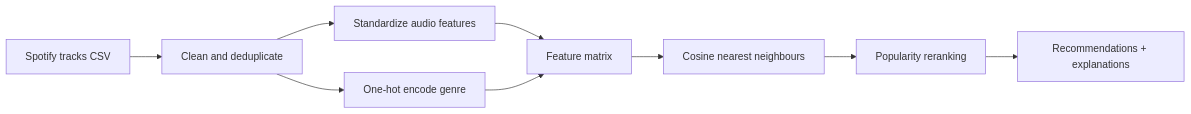
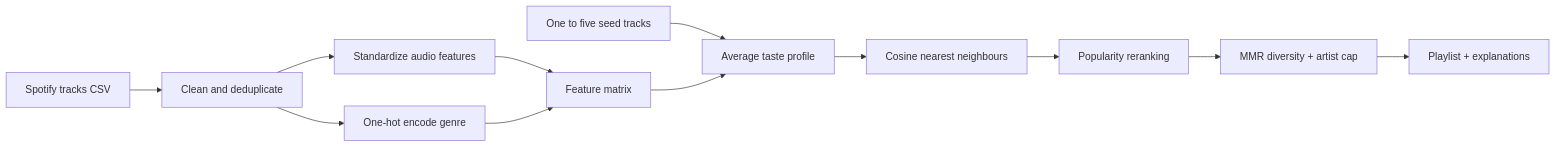
Before and after one commit to amkumirab/spotify-music-recommender: the diagram in README.md, drawn with Mermaid. The commit also changed other lines of this file and 4 other files, not shown here.

Commit message:
Add multi-track playlist recommendations

````diff
--- a/README.md
+++ b/README.md
@@ -26,11 +28,14 @@
 ```mermaid
 flowchart LR
     A[Spotify tracks CSV] --> B[Clean and deduplicate]
     B --> C[Standardize audio features]
     B --> D[One-hot encode genre]
     C --> E[Feature matrix]
     D --> E
-    E --> F[Cosine nearest neighbours]
+    I[One to five seed tracks] --> J[Average taste profile]
+    E --> J
+    J --> F[Cosine nearest neighbours]
     F --> G[Popularity reranking]
-    G --> H[Recommendations + explanations]
+    G --> K[MMR diversity + artist cap]
+    K --> H[Playlist + explanations]
 ```
````
